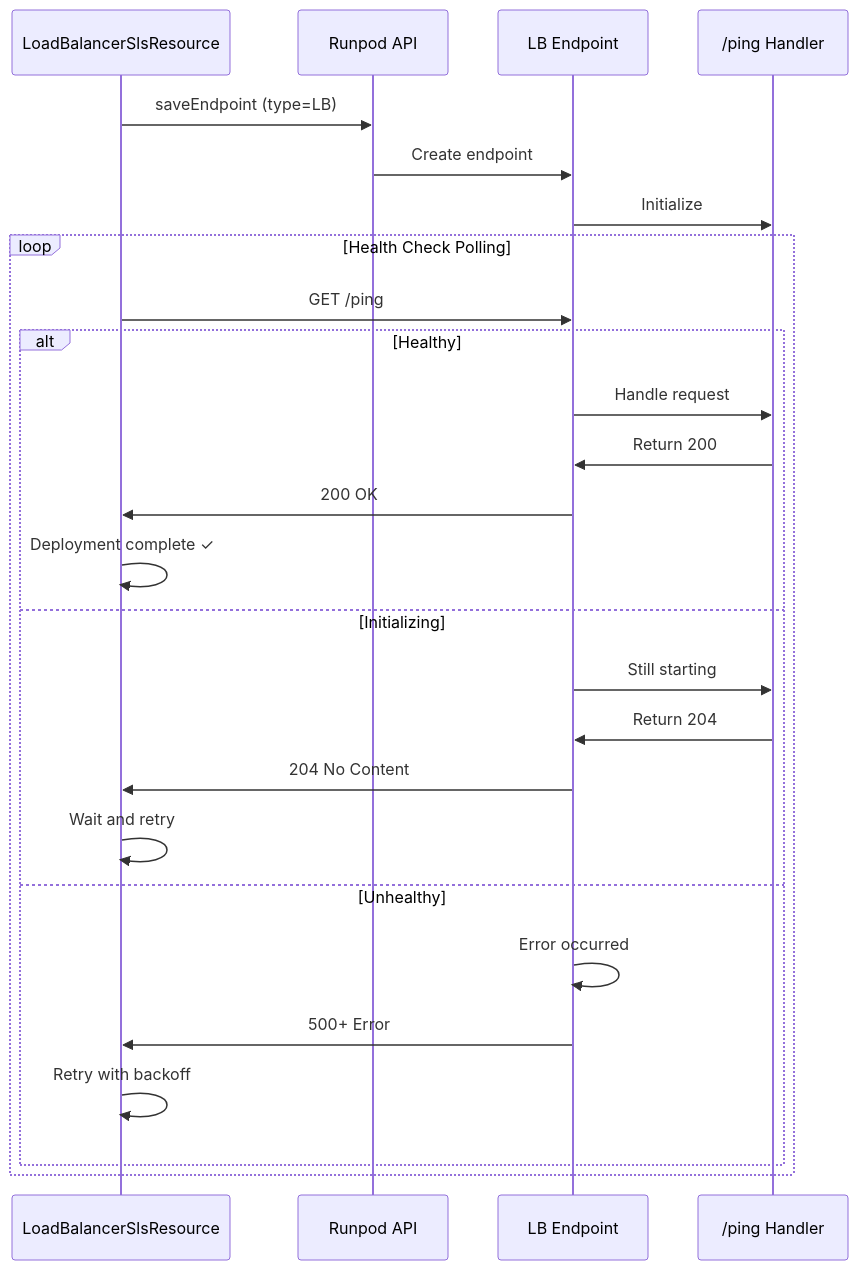
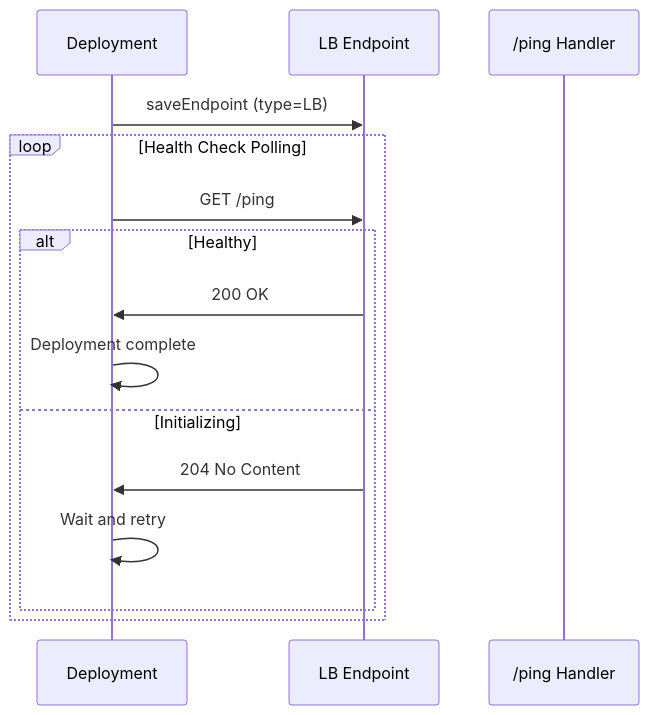
The diagram in docs/Load_Balancer_Endpoints.md (runpod/flash), drawn with Mermaid before and after one commit. The commit also changed other lines of this file and 51 other files, not shown here.

First line of the commit message:
refactor: Endpoint class as a single entrypoint uniting `@remote` and ServerlessResource-based classes (#223)

````diff
--- a/docs/Load_Balancer_Endpoints.md
+++ b/docs/Load_Balancer_Endpoints.md
@@ -89,30 +103,18 @@
 ```mermaid
 sequenceDiagram
-    participant Deploy as LoadBalancerSlsResource
-    participant Runpod as Runpod API
+    participant Deploy as Deployment
     participant Worker as LB Endpoint
     participant Ping as /ping Handler
 
-    Deploy->>Runpod: saveEndpoint (type=LB)
-    Runpod->>Worker: Create endpoint
-    Worker->>Ping: Initialize
-
+    Deploy->>Worker: saveEndpoint (type=LB)
     loop Health Check Polling
         Deploy->>Worker: GET /ping
         alt Healthy
-            Worker->>Ping: Handle request
-            Ping->>Worker: Return 200
             Worker->>Deploy: 200 OK
-            Deploy->>Deploy: Deployment complete ✓
+            Deploy->>Deploy: Deployment complete
         else Initializing
-            Worker->>Ping: Still starting
-            Ping->>Worker: Return 204
             Worker->>Deploy: 204 No Content
             Deploy->>Deploy: Wait and retry
-        else Unhealthy
-            Worker->>Worker: Error occurred
-            Worker->>Deploy: 500+ Error
-            Deploy->>Deploy: Retry with backoff
         end
     end
 ```
````
